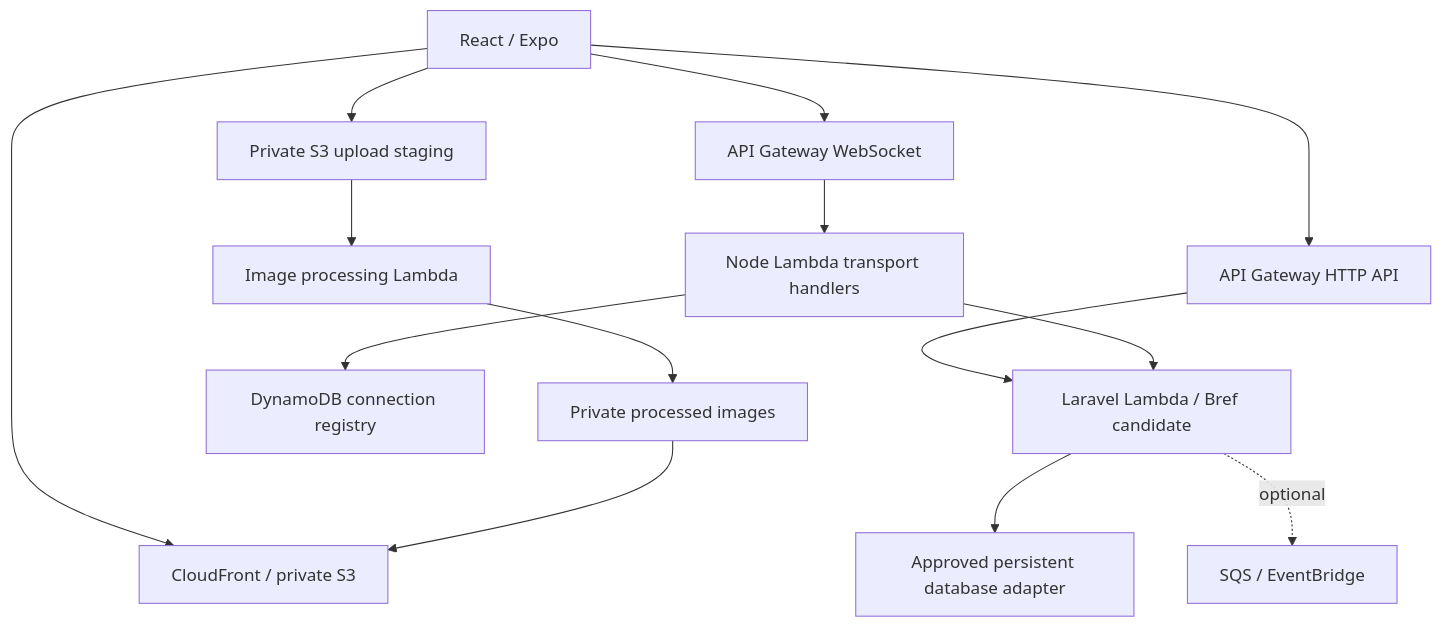
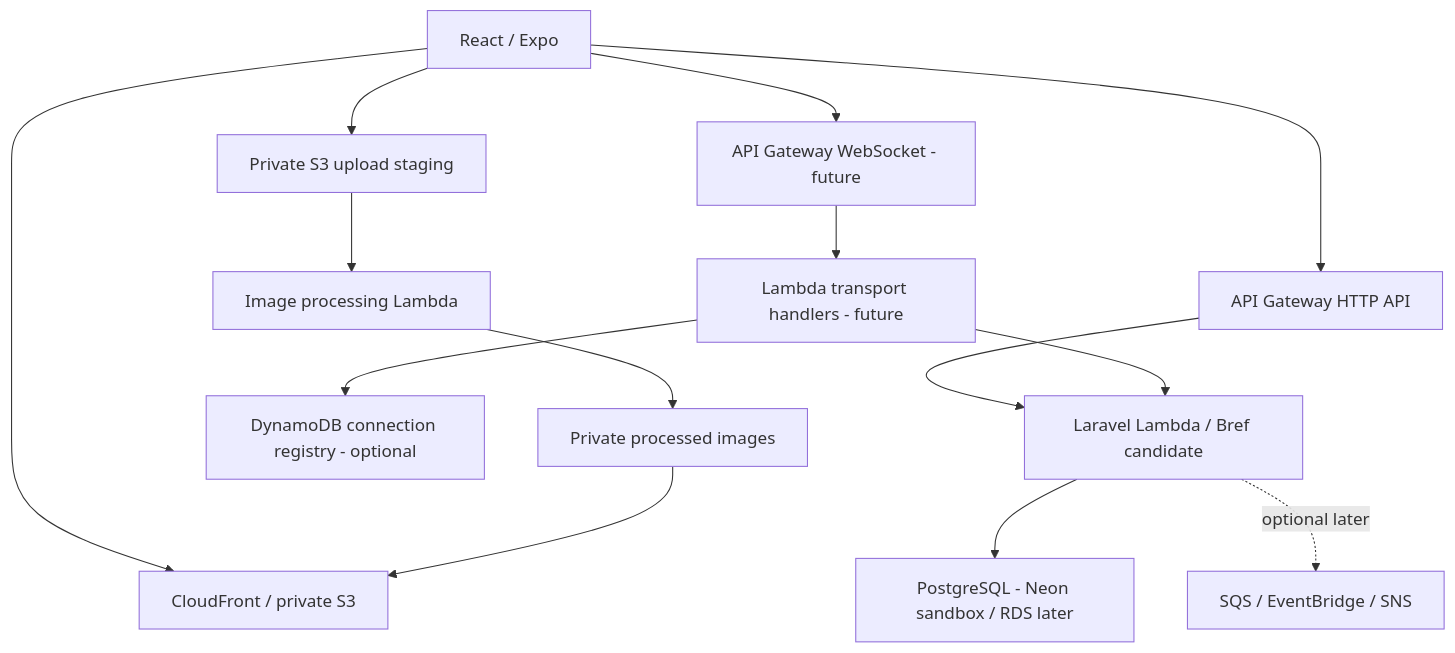
One commit to davisa0876/battle-arena-api changed the diagram in docs/BATTLE_ARENA_AWS_INFRASTRUCTURE_SPEC_EN.md. Above: the diagram before and after it, drawn with Mermaid. The commit also changed other lines of this file and 5 other files, not shown here.

````diff
--- a/docs/BATTLE_ARENA_AWS_INFRASTRUCTURE_SPEC_EN.md
+++ b/docs/BATTLE_ARENA_AWS_INFRASTRUCTURE_SPEC_EN.md
@@ -47,16 +395,16 @@
 ```mermaid
 flowchart TD
   W[React / Expo] --> C[CloudFront / private S3]
   W --> H[API Gateway HTTP API]
   H --> L[Laravel Lambda / Bref candidate]
-  W --> G[API Gateway WebSocket]
-  G --> N[Node Lambda transport handlers]
-  N --> D[DynamoDB connection registry]
+  W --> G[API Gateway WebSocket - future]
+  G --> N[Lambda transport handlers - future]
+  N --> D[DynamoDB connection registry - optional]
   N --> L
-  L --> P[Approved persistent database adapter]
+  L --> PG[PostgreSQL - Neon sandbox / RDS later]
   W --> U[Private S3 upload staging]
   U --> I[Image processing Lambda]
   I --> A[Private processed images]
   A --> C
-  L -. optional .-> Q[SQS / EventBridge]
+  L -. optional later .-> Q[SQS / EventBridge / SNS]
 ```
````
